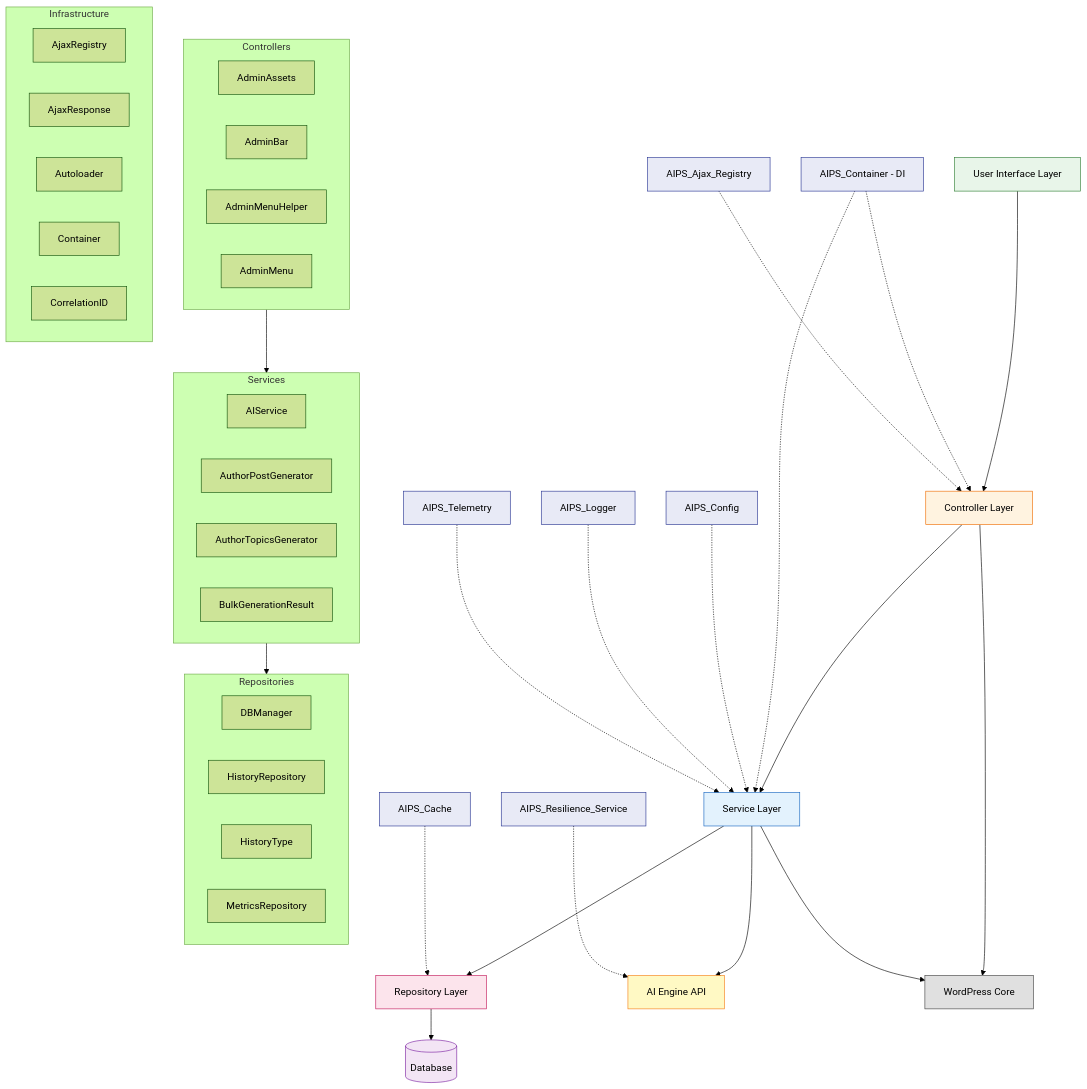
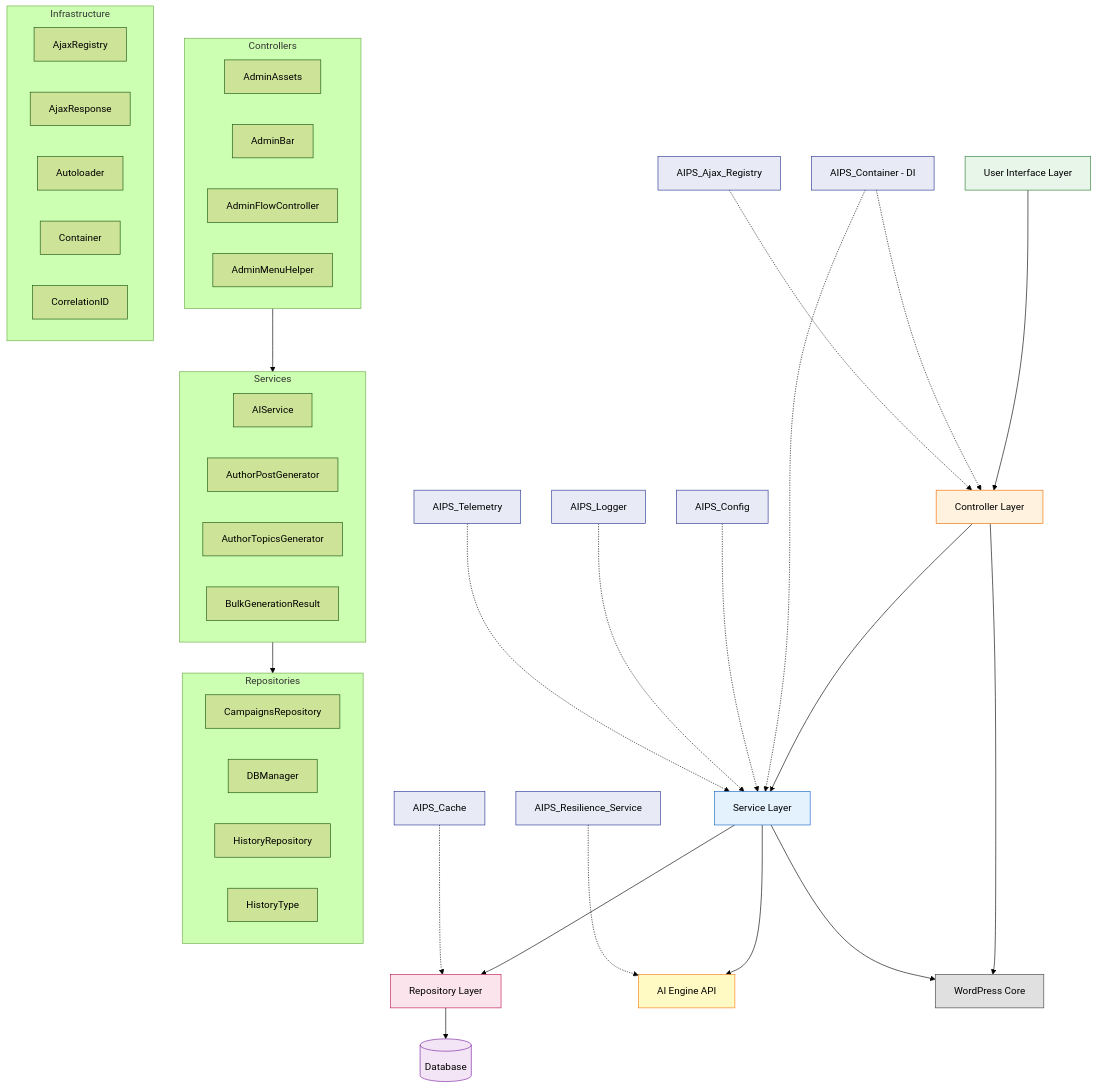
Before and after one commit to rpnunez/wp-ai-scheduler: the first of 19 diagrams in docs/feature-report.md, drawn with Mermaid (forest theme). The commit also changed other lines of this file and 1 other file, not shown here.

```diff
--- a/docs/feature-report.md
+++ b/docs/feature-report.md
@@ -86,8 +86,8 @@
     subgraph Controllers
         AdminAssets
         AdminBar
+        AdminFlowController
         AdminMenuHelper
-        AdminMenu
     end
 
     subgraph Services
@@ -98,10 +98,10 @@
     end
 
     subgraph Repositories
+        CampaignsRepository
         DBManager
         HistoryRepository
         HistoryType
-        MetricsRepository
     end
 
     subgraph Infrastructure
```
